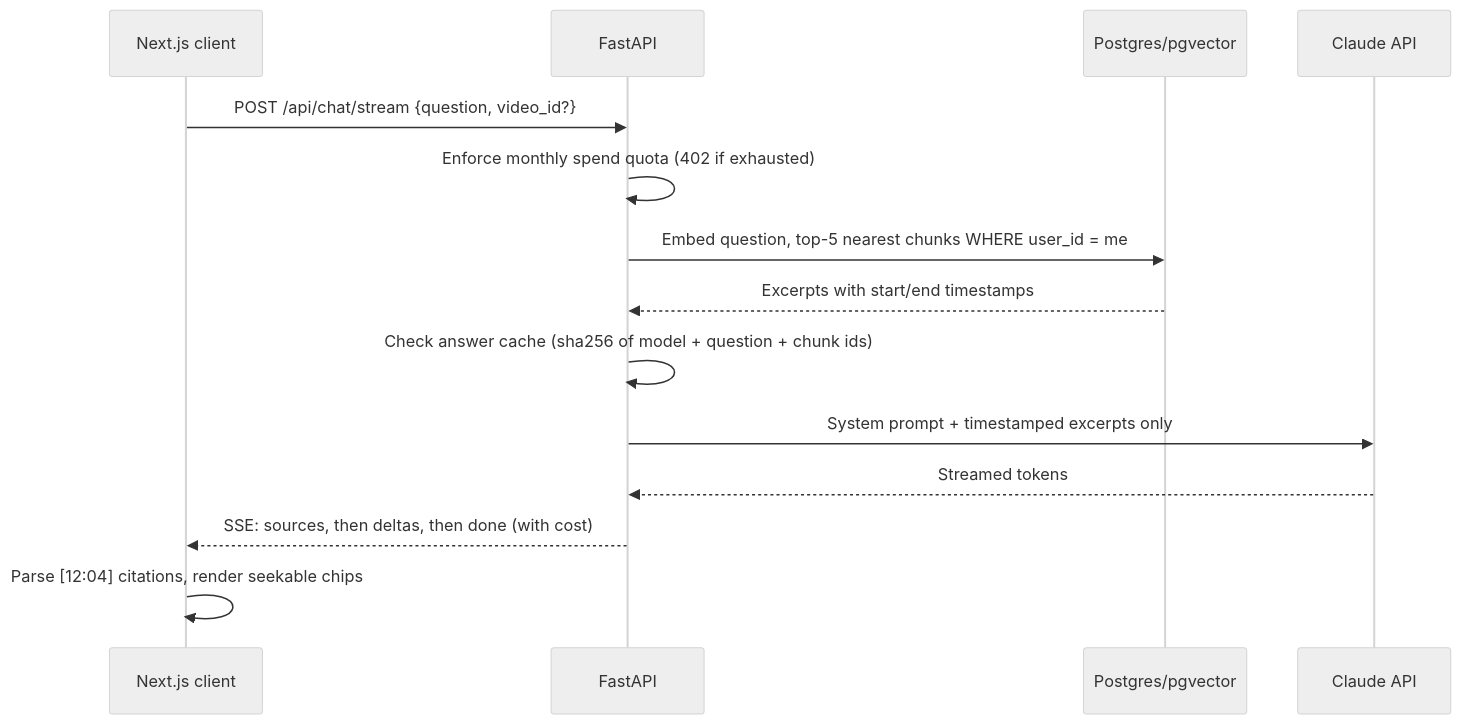
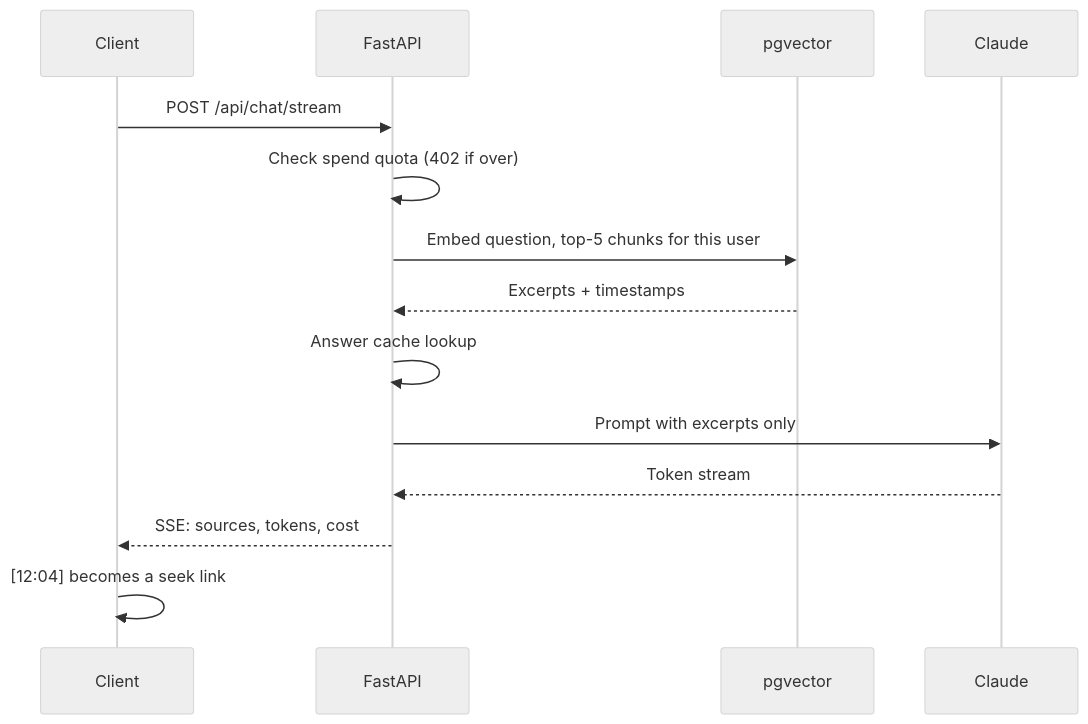
Before and after one commit to patilrajvardhan27/Pumped-Up-Kicks: the third of 4 diagrams in README.md, drawn with Mermaid (neutral theme). The commit also changed other lines of this file, not shown here.

````diff
--- a/README.md
+++ b/README.md
@@ -32,17 +62,17 @@
 ```mermaid
 sequenceDiagram
-    participant U as Next.js client
+    participant U as Client
     participant API as FastAPI
-    participant PG as Postgres/pgvector
-    participant C as Claude API
+    participant PG as pgvector
+    participant C as Claude
 
-    U->>API: POST /api/chat/stream {question, video_id?}
-    API->>API: Enforce monthly spend quota (402 if exhausted)
-    API->>PG: Embed question, top-5 nearest chunks WHERE user_id = me
-    PG-->>API: Excerpts with start/end timestamps
-    API->>API: Check answer cache (sha256 of model + question + chunk ids)
-    API->>C: System prompt + timestamped excerpts only
-    C-->>API: Streamed tokens
-    API-->>U: SSE: sources, then deltas, then done (with cost)
-    U->>U: Parse [12:04] citations, render seekable chips
+    U->>API: POST /api/chat/stream
+    API->>API: Check spend quota (402 if over)
+    API->>PG: Embed question, top-5 chunks for this user
+    PG-->>API: Excerpts + timestamps
+    API->>API: Answer cache lookup
+    API->>C: Prompt with excerpts only
+    C-->>API: Token stream
+    API-->>U: SSE: sources, tokens, cost
+    U->>U: [12:04] becomes a seek link
 ```
````
